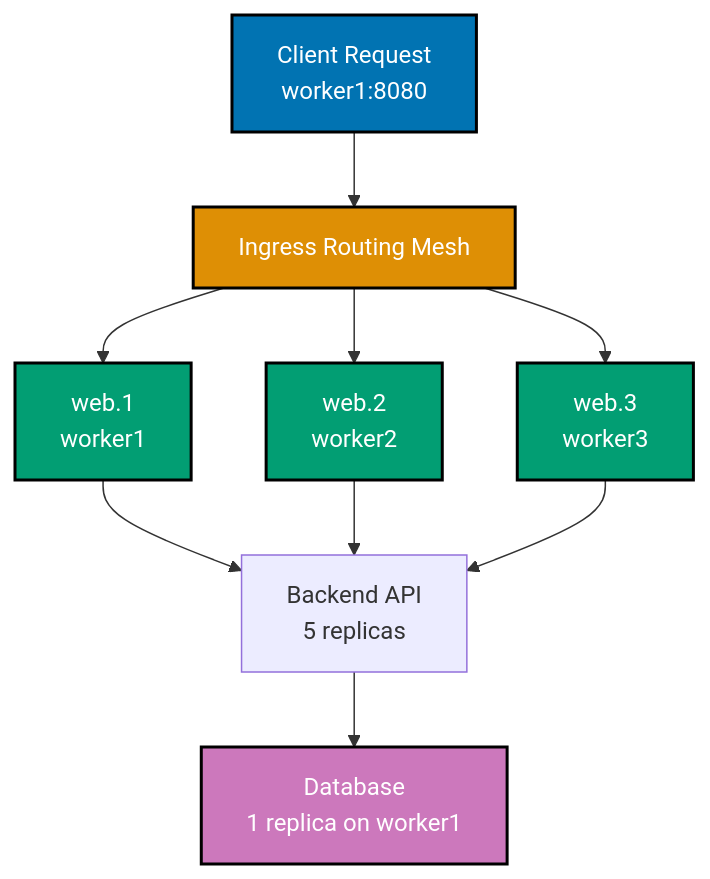
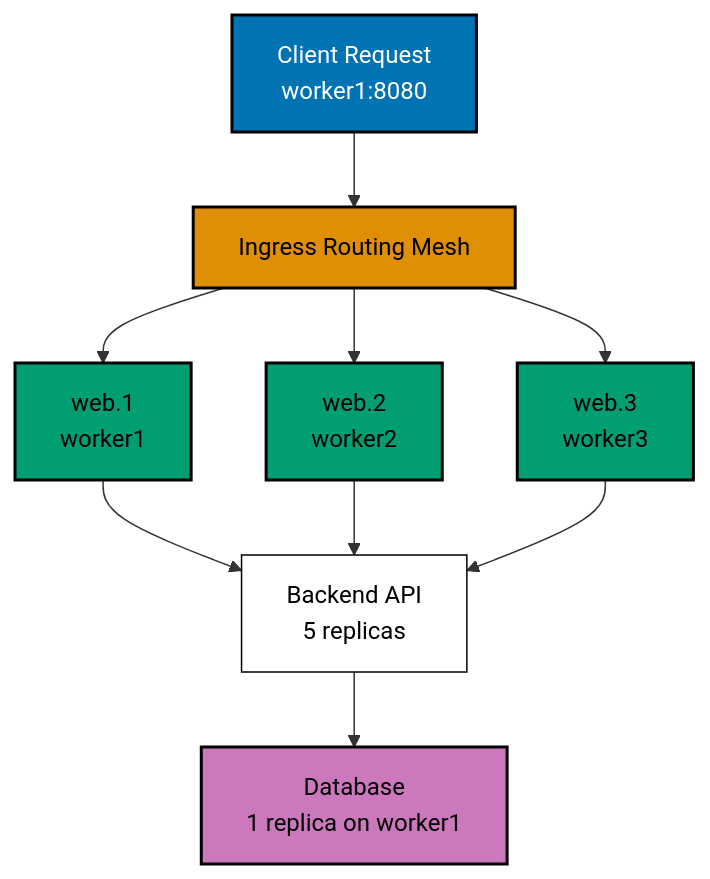
The second of 14 diagrams in apps/ayokoding-www/content/en/learn/legacy/software-engineering/infrastructure/tools/docker/by-example/advanced.md (wahidyankf/ose-public), drawn with Mermaid before and after one commit. The commit also changed other lines of this file and 131 other files, not shown here.

First line of the commit message:
fix(mermaid): bring the legacy data, infrastructure, and testing diagrams onto the accessible palette

````diff
--- a/apps/ayokoding-www/content/en/learn/legacy/software-engineering/infrastructure/tools/docker/by-example/advanced.md
+++ b/apps/ayokoding-www/content/en/learn/legacy/software-engineering/infrastructure/tools/docker/by-example/advanced.md
@@ -121,20 +126,27 @@
 ```mermaid
 %% Color Palette: Blue #0173B2, Orange #DE8F05, Teal #029E73, Purple #CC78BC, Brown #CA9161
 %% Swarm service distribution
 graph TD
+ accTitle: Example 56: Docker Swarm Services
+ accDescr: Graph with 7 nodes and 8 connections. Nodes: Client Request worker1:8080, Ingress Routing Mesh, web.1 worker1, web.2 worker2, web.3 worker3, Backend API 5 replicas, Database 1 replica on worker1. Connections: Client Request worker1:8080 to Ingress Routing Mesh, Ingress Routing Mesh to web.1 worker1, Ingress Routing Mesh to web.2 worker2, Ingress Routing Mesh to web.3 worker3, web.1 worker1 to Backend API 5 replicas, web.2 worker2 to Backend API 5 replicas, web.3 worker3 to Backend API 5 replicas, Backend API 5 replicas to Database 1 replica on worker1.
  A["Client Request<br/>worker1:8080"] --> B["Ingress Routing Mesh"]
  B --> C1["web.1<br/>worker1"]
  B --> C2["web.2<br/>worker2"]
  B --> C3["web.3<br/>worker3"]
  C1 --> D["Backend API<br/>5 replicas"]
  C2 --> D
  C3 --> D
  D --> E["Database<br/>1 replica on worker1"]
 
- style A fill:#0173B2,stroke:#000000,stroke-width:2px,color:#fff
- style B fill:#DE8F05,stroke:#000000,stroke-width:2px,color:#fff
- style C1 fill:#029E73,stroke:#000000,stroke-width:2px,color:#fff
- style C2 fill:#029E73,stroke:#000000,stroke-width:2px,color:#fff
- style C3 fill:#029E73,stroke:#000000,stroke-width:2px,color:#fff
- style E fill:#CC78BC,stroke:#000000,stroke-width:2px,color:#fff
+ classDef pal-0173B2 fill:#0173B2,stroke:#000000,color:#FFFFFF,stroke-width:2px
+ class A pal-0173B2
+ classDef pal-DE8F05 fill:#DE8F05,stroke:#000000,color:#000000,stroke-width:2px
+ class B pal-DE8F05
+ classDef pal-029E73 fill:#029E73,stroke:#000000,color:#000000,stroke-width:2px
+ class C1 pal-029E73
+ class C2 pal-029E73
+ class C3 pal-029E73
+ classDef pal-CC78BC fill:#CC78BC,stroke:#000000,color:#000000,stroke-width:2px
+ class E pal-CC78BC
+ classDef default fill:#FFFFFF,stroke:#000000,color:#000000
 ```
````
